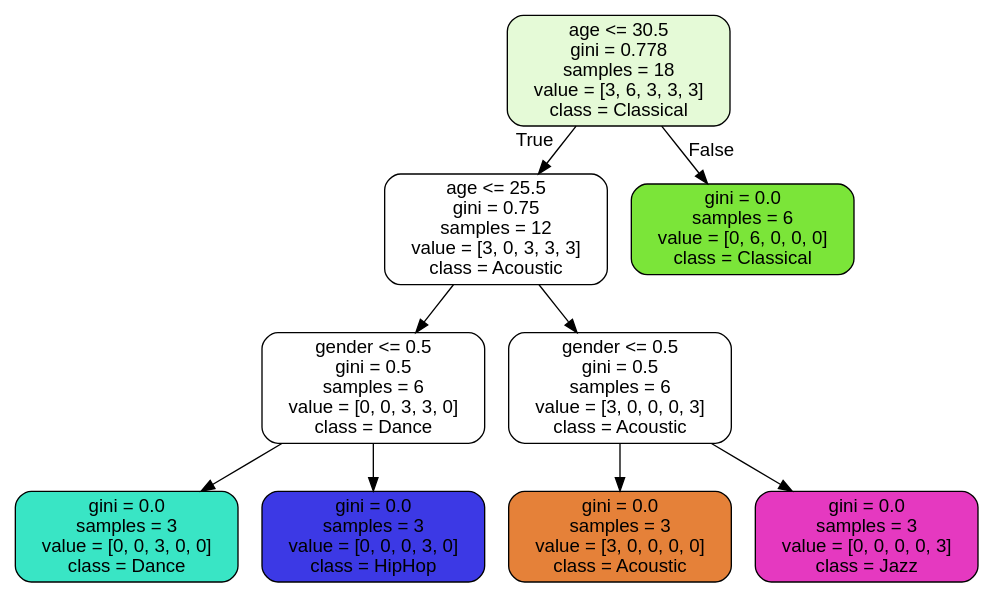
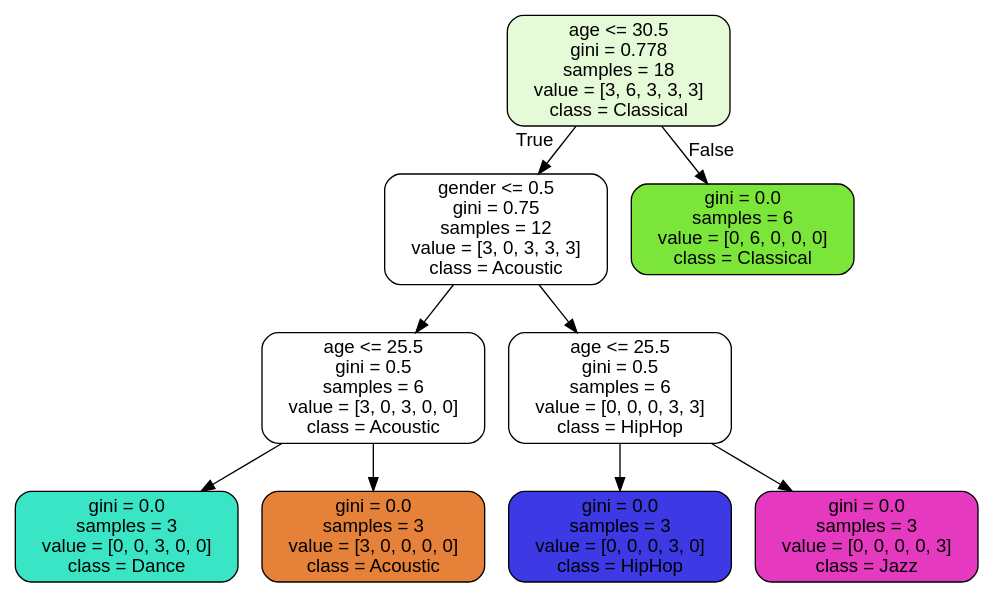
One commit to yeisonmontoya1815/Course-Machine-Learning-Python changed the diagram in 15. Python Library/Midterm/Jupyter_YouTube/Test2/music-recommender.dot. Above: the diagram before and after it, drawn with Graphviz.

```diff
--- a/15. Python Library/Midterm/Jupyter_YouTube/Test2/music-recommender.dot
+++ b/15. Python Library/Midterm/Jupyter_YouTube/Test2/music-recommender.dot
@@ -1,21 +1,21 @@
 digraph Tree {
 node [shape=box, style="filled, rounded", color="black", fontname="helvetica"] ;
 edge [fontname="helvetica"] ;
 0 [label="age <= 30.5\ngini = 0.778\nsamples = 18\nvalue = [3, 6, 3, 3, 3]\nclass = Classical", fillcolor="#e5fad7"] ;
-1 [label="age <= 25.5\ngini = 0.75\nsamples = 12\nvalue = [3, 0, 3, 3, 3]\nclass = Acoustic", fillcolor="#ffffff"] ;
+1 [label="gender <= 0.5\ngini = 0.75\nsamples = 12\nvalue = [3, 0, 3, 3, 3]\nclass = Acoustic", fillcolor="#ffffff"] ;
 0 -> 1 [labeldistance=2.5, labelangle=45, headlabel="True"] ;
-2 [label="gender <= 0.5\ngini = 0.5\nsamples = 6\nvalue = [0, 0, 3, 3, 0]\nclass = Dance", fillcolor="#ffffff"] ;
+2 [label="age <= 25.5\ngini = 0.5\nsamples = 6\nvalue = [3, 0, 3, 0, 0]\nclass = Acoustic", fillcolor="#ffffff"] ;
 1 -> 2 ;
 3 [label="gini = 0.0\nsamples = 3\nvalue = [0, 0, 3, 0, 0]\nclass = Dance", fillcolor="#39e5c5"] ;
 2 -> 3 ;
-4 [label="gini = 0.0\nsamples = 3\nvalue = [0, 0, 0, 3, 0]\nclass = HipHop", fillcolor="#3c39e5"] ;
+4 [label="gini = 0.0\nsamples = 3\nvalue = [3, 0, 0, 0, 0]\nclass = Acoustic", fillcolor="#e58139"] ;
 2 -> 4 ;
-5 [label="gender <= 0.5\ngini = 0.5\nsamples = 6\nvalue = [3, 0, 0, 0, 3]\nclass = Acoustic", fillcolor="#ffffff"] ;
+5 [label="age <= 25.5\ngini = 0.5\nsamples = 6\nvalue = [0, 0, 0, 3, 3]\nclass = HipHop", fillcolor="#ffffff"] ;
 1 -> 5 ;
-6 [label="gini = 0.0\nsamples = 3\nvalue = [3, 0, 0, 0, 0]\nclass = Acoustic", fillcolor="#e58139"] ;
+6 [label="gini = 0.0\nsamples = 3\nvalue = [0, 0, 0, 3, 0]\nclass = HipHop", fillcolor="#3c39e5"] ;
 5 -> 6 ;
 7 [label="gini = 0.0\nsamples = 3\nvalue = [0, 0, 0, 0, 3]\nclass = Jazz", fillcolor="#e539c0"] ;
 5 -> 7 ;
 8 [label="gini = 0.0\nsamples = 6\nvalue = [0, 6, 0, 0, 0]\nclass = Classical", fillcolor="#7be539"] ;
 0 -> 8 [labeldistance=2.5, labelangle=-45, headlabel="False"] ;
 }
```
